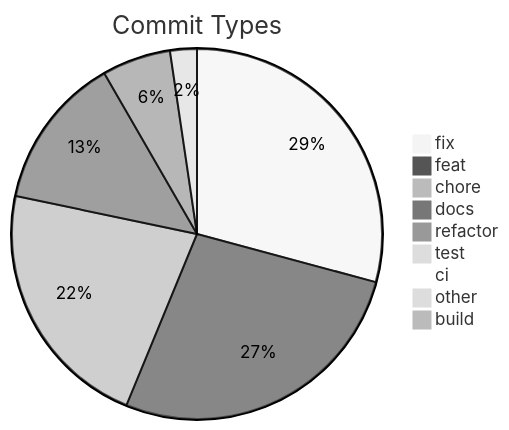
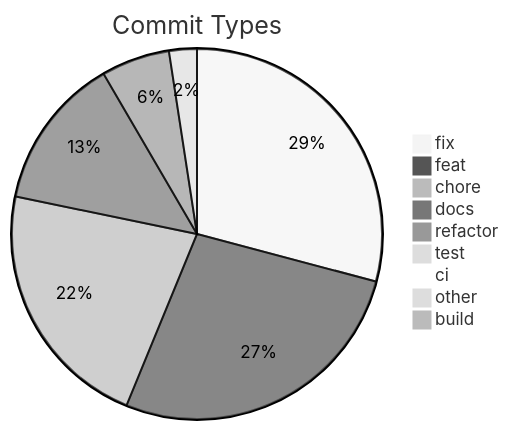
The diagram in .shipwright/compliance/change-history.md (svenroth-ai/shipwright), drawn with Mermaid (neutral theme) before and after one commit. The commit also changed other lines of this file and 13 other files, not shown here.

````diff
--- a/.shipwright/compliance/change-history.md
+++ b/.shipwright/compliance/change-history.md
@@ -8,12 +8,12 @@
 ```mermaid
 pie title Commit Types
     "fix" : 312
-    "feat" : 289
+    "feat" : 290
     "chore" : 236
     "docs" : 143
     "refactor" : 64
-    "test" : 25
+    "test" : 26
     "ci" : 8
     "other" : 7
     "build" : 1
 ```
````
